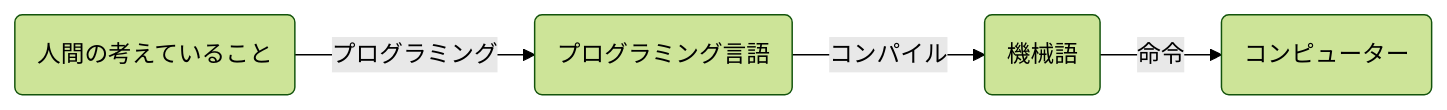
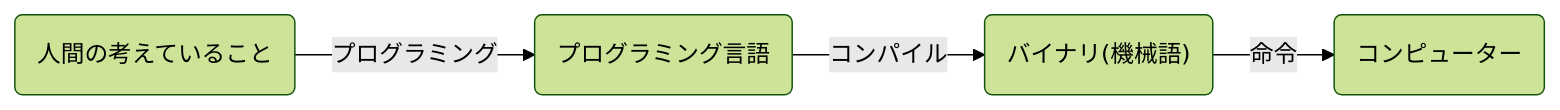
One commit to traP-jp/pg-basic changed the diagram in docs/text/chapter-1/compile-os.md. Above: the diagram before and after it, drawn with Mermaid (forest theme). The commit also changed other lines of this file and 5 other files, not shown here.

````diff
--- a/docs/text/chapter-1/compile-os.md
+++ b/docs/text/chapter-1/compile-os.md
@@ -10,6 +10,6 @@
 ```mermaid
 flowchart LR
 th("人間の考えていること") --> |"プログラミング"| pg("プログラミング言語")
-pg --> |"コンパイル"| mc(機械語)
+pg --> |"コンパイル"| mc("バイナリ(機械語)")
 mc --> |"命令"| cp("コンピューター")
 ```
````
